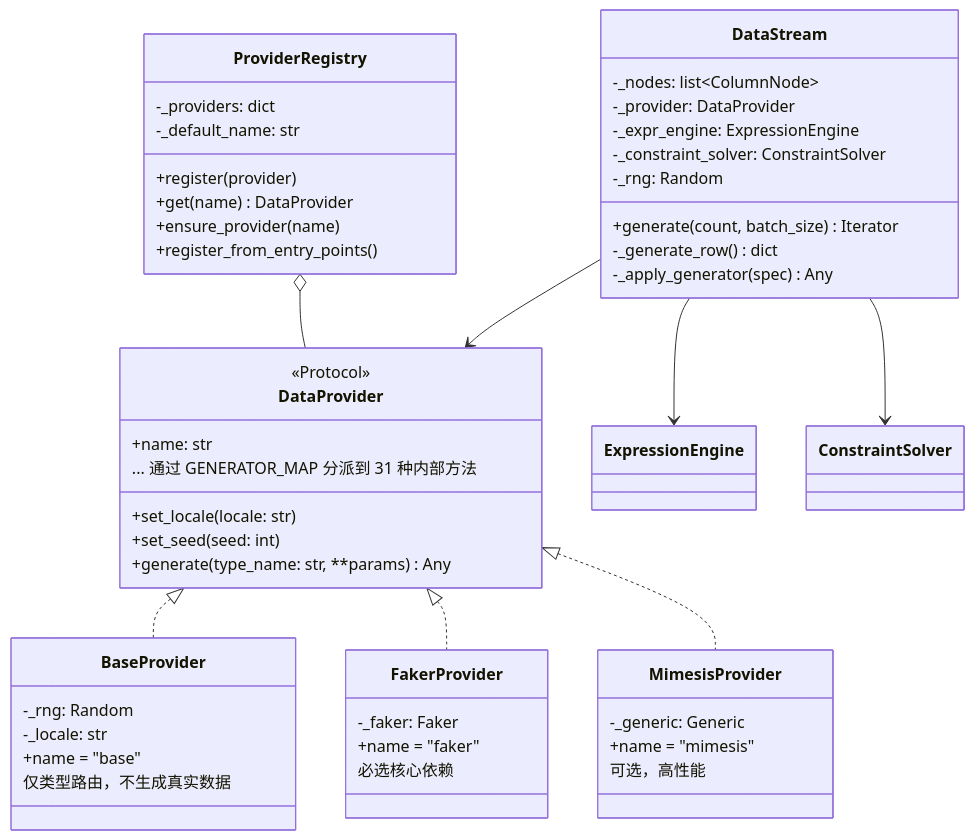
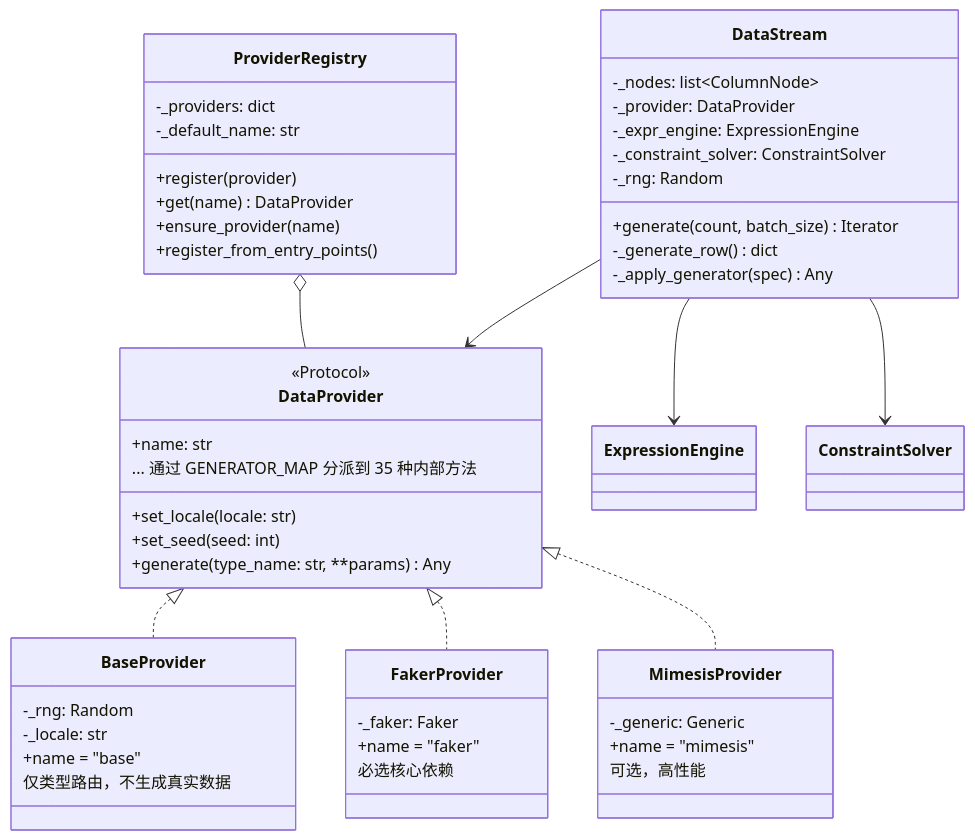
The fourth of 11 diagrams in docs/architecture.zh-CN.md (sunbos/sqlseed), drawn with Mermaid before and after one commit. The commit also changed other lines of this file and 31 other files, not shown here.

````diff
--- a/docs/architecture.zh-CN.md
+++ b/docs/architecture.zh-CN.md
@@ -267,58 +269,58 @@
 ```mermaid
 classDiagram
     class DataProvider {
         <<Protocol>>
         +name: str
         +set_locale(locale: str)
         +set_seed(seed: int)
         +generate(type_name: str, **params) Any
-        ... 通过 GENERATOR_MAP 分派到 31 种内部方法
+        ... 通过 GENERATOR_MAP 分派到 35 种内部方法
     }
 
     class BaseProvider {
         -_rng: Random
         -_locale: str
         +name = "base"
         仅类型路由，不生成真实数据
     }
 
     class FakerProvider {
         -_faker: Faker
         +name = "faker"
         必选核心依赖
     }
 
     class MimesisProvider {
         -_generic: Generic
         +name = "mimesis"
         可选，高性能
     }
 
     class ProviderRegistry {
         -_providers: dict
         -_default_name: str
         +register(provider)
         +get(name) DataProvider
         +ensure_provider(name)
         +register_from_entry_points()
     }
 
     class DataStream {
         -_nodes: list~ColumnNode~
         -_provider: DataProvider
         -_expr_engine: ExpressionEngine
         -_constraint_solver: ConstraintSolver
         -_rng: Random
         +generate(count, batch_size) Iterator
         -_generate_row() dict
         -_apply_generator(spec) Any
     }
 
     DataProvider <|.. BaseProvider
     DataProvider <|.. FakerProvider
     DataProvider <|.. MimesisProvider
     ProviderRegistry o-- DataProvider
     DataStream --> DataProvider
     DataStream --> ExpressionEngine
     DataStream --> ConstraintSolver
 ```
````
